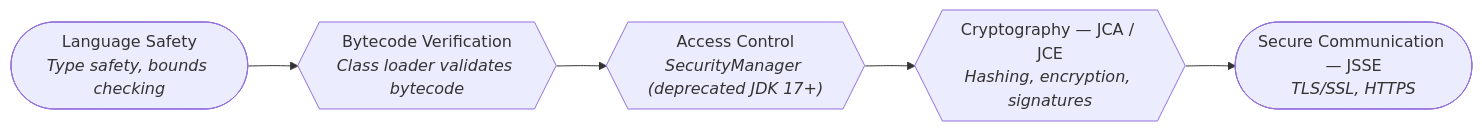
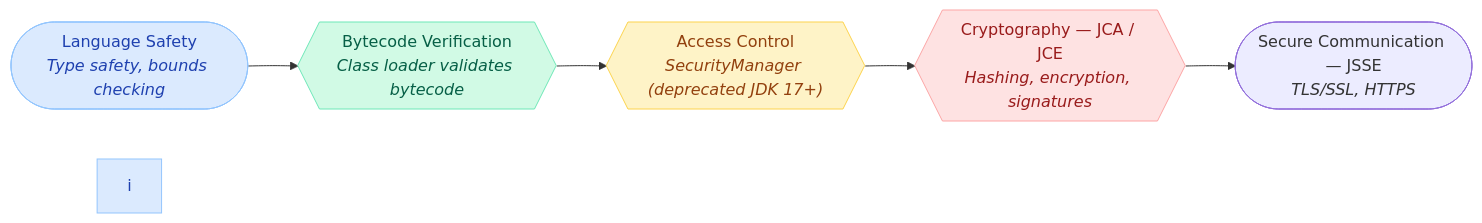
Before and after one commit to saivamsikaruturi/vamsilabs-dev-notes-main: the diagram in docs/java/Security.md, drawn with Mermaid. The commit also changed 220 other files, not shown here.

First line of the commit message:
Add 50+ new Java/Spring Boot pages, rewrite CSS code blocks to Oracle style, fix all diagram colors

````diff
--- a/docs/java/Security.md
+++ b/docs/java/Security.md
@@ -11,7 +11,13 @@
 ```mermaid
 flowchart LR
     L1(["Language Safety<br/><i>Type safety, bounds checking</i>"]) --> L2{{"Bytecode Verification<br/><i>Class loader validates bytecode</i>"}}
     L2 --> L3{{"Access Control<br/><i>SecurityManager (deprecated JDK 17+)</i>"}}
     L3 --> L4{{"Cryptography — JCA / JCE<br/><i>Hashing, encryption, signatures</i>"}}
     L4 --> L5(["Secure Communication — JSSE<br/><i>TLS/SSL, HTTPS</i>"])
+
+    style L1 fill:#DBEAFE,stroke:#93C5FD,color:#1E40AF
+    style L2 fill:#D1FAE5,stroke:#6EE7B7,color:#065F46
+    style L3 fill:#FEF3C7,stroke:#FCD34D,color:#92400E
+    style L4 fill:#FEE2E2,stroke:#FCA5A5,color:#991B1B
+    style i fill:#DBEAFE,stroke:#93C5FD,color:#1E40AF
 ```
````
